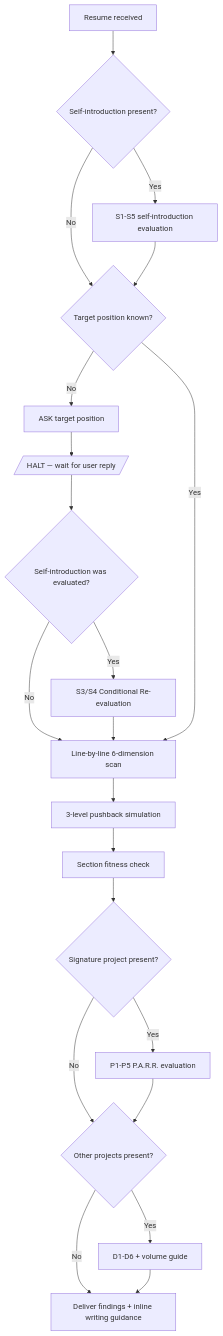
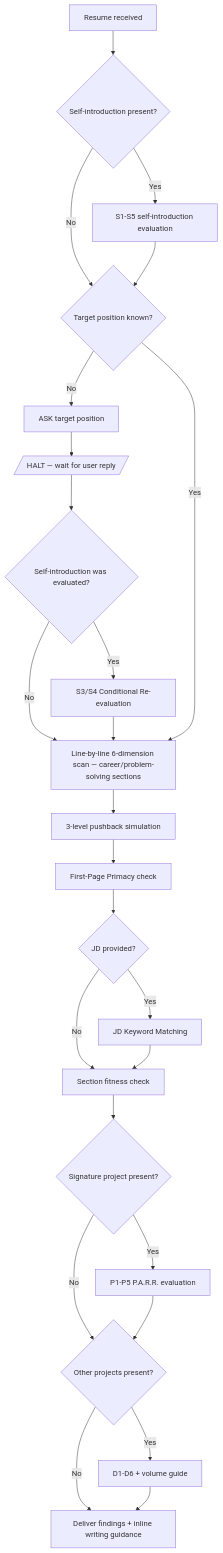
One commit to toongri/oh-my-toong-playground changed the first of 3 diagrams in projects/toongri.github.io/skills/review-resume/SKILL.md. Above: the diagram before and after it, drawn with Mermaid. The commit also changed other lines of this file, not shown here.

Commit message:
feat: Evaluation Protocol 플로우차트 완성 및 스캔 범위 명확화

````diff
--- a/projects/toongri.github.io/skills/review-resume/SKILL.md
+++ b/projects/toongri.github.io/skills/review-resume/SKILL.md
@@ -22,23 +22,27 @@
 ```mermaid
 flowchart TB
     A[Resume received] --> B{Self-introduction present?}
     B -->|Yes| C[S1-S5 self-introduction evaluation]
     B -->|No| D{Target position known?}
     C --> D
     D -->|No| E[ASK target position]
     E --> E2[/HALT — wait for user reply/]
     E2 --> F2{Self-introduction was evaluated?}
     F2 -->|Yes| F[S3/S4 Conditional Re-evaluation]
     F2 -->|No| G
-    F --> G[Line-by-line 6-dimension scan]
+    F --> G[Line-by-line 6-dimension scan — career/problem-solving sections]
     D -->|Yes| G
     G --> H[3-level pushback simulation]
-    H --> I[Section fitness check]
-    I --> J{Signature project present?}
+    H --> I[First-Page Primacy check]
+    I --> I2{JD provided?}
+    I2 -->|Yes| I3[JD Keyword Matching]
+    I2 -->|No| I4[Section fitness check]
+    I3 --> I4
+    I4 --> J{Signature project present?}
     J -->|Yes| K[P1-P5 P.A.R.R. evaluation]
     J -->|No| L{Other projects present?}
     K --> L
     L -->|Yes| M[D1-D6 + volume guide]
     L -->|No| N[Deliver findings + inline writing guidance]
     M --> N
 ```
````
